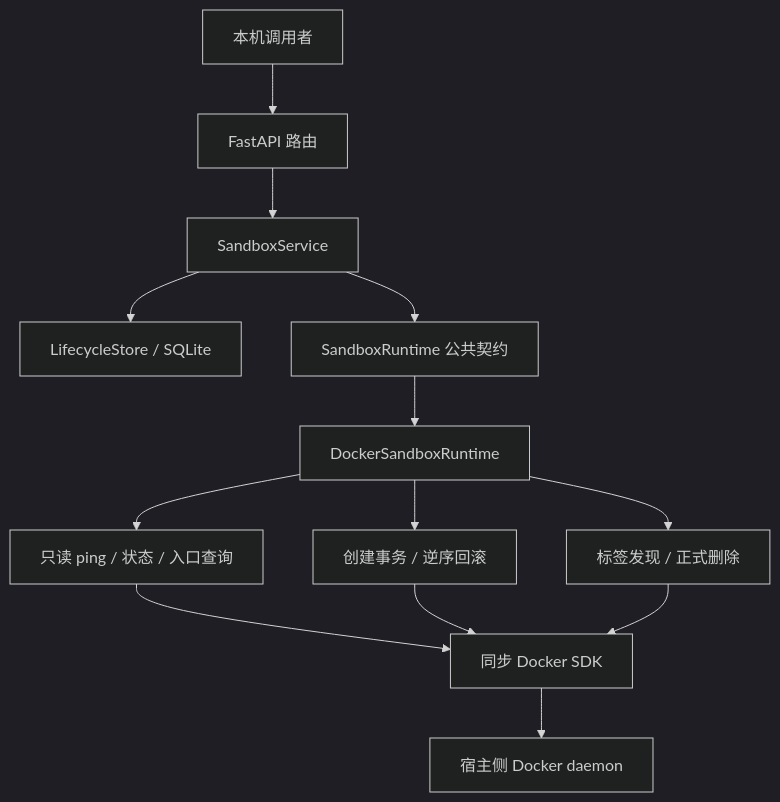
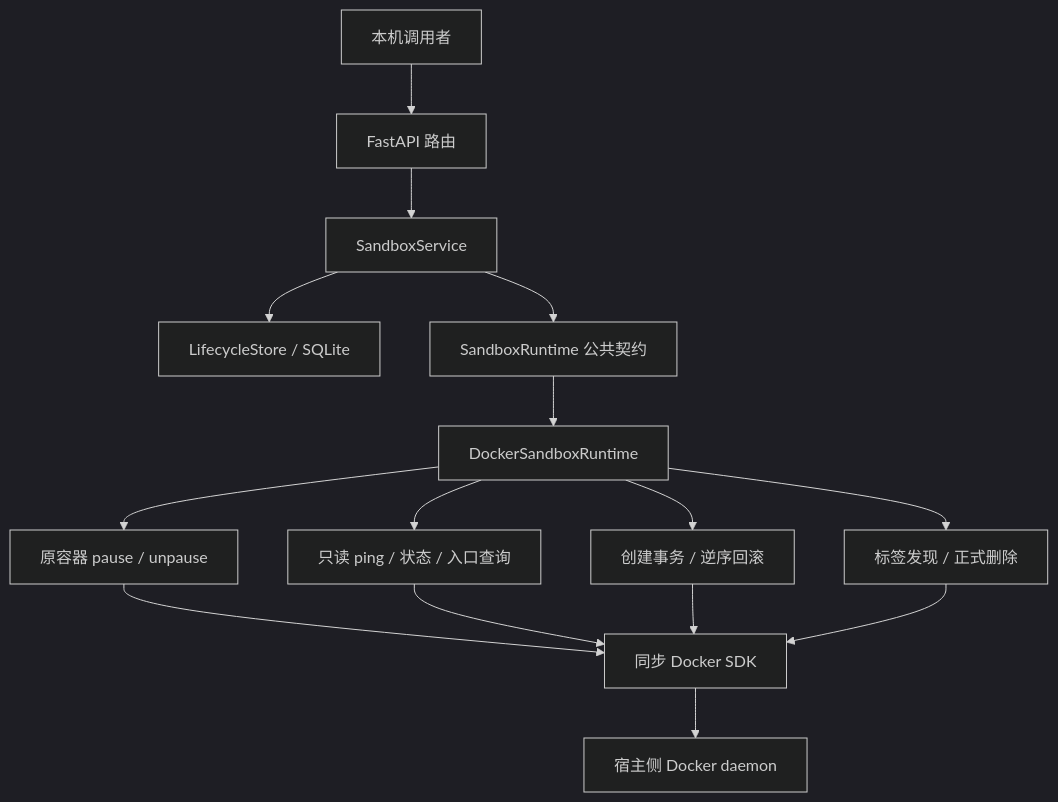
The first of 2 diagrams in docs/control_plane/docker/DESIGN.md (nico-hua/agent-sandbox), drawn with Mermaid (dark theme) before and after one commit. The commit also changed other lines of this file and 21 other files, not shown here.

````diff
--- a/docs/control_plane/docker/DESIGN.md
+++ b/docs/control_plane/docker/DESIGN.md
@@ -9,15 +9,17 @@
 ```mermaid
 flowchart TD
     Caller[本机调用者] --> API[FastAPI 路由]
     API --> Service[SandboxService]
     Service --> Store[LifecycleStore / SQLite]
     Service --> Contract[SandboxRuntime 公共契约]
     Contract --> Runtime[DockerSandboxRuntime]
     Runtime --> Read[只读 ping / 状态 / 入口查询]
     Runtime --> Transaction[创建事务 / 逆序回滚]
+    Runtime --> Freeze[原容器 pause / unpause]
+    Freeze --> SDK
     Runtime --> Delete[标签发现 / 正式删除]
     Read --> SDK[同步 Docker SDK]
     Transaction --> SDK
     Delete --> SDK
     SDK --> Daemon[宿主侧 Docker daemon]
 ```
````
